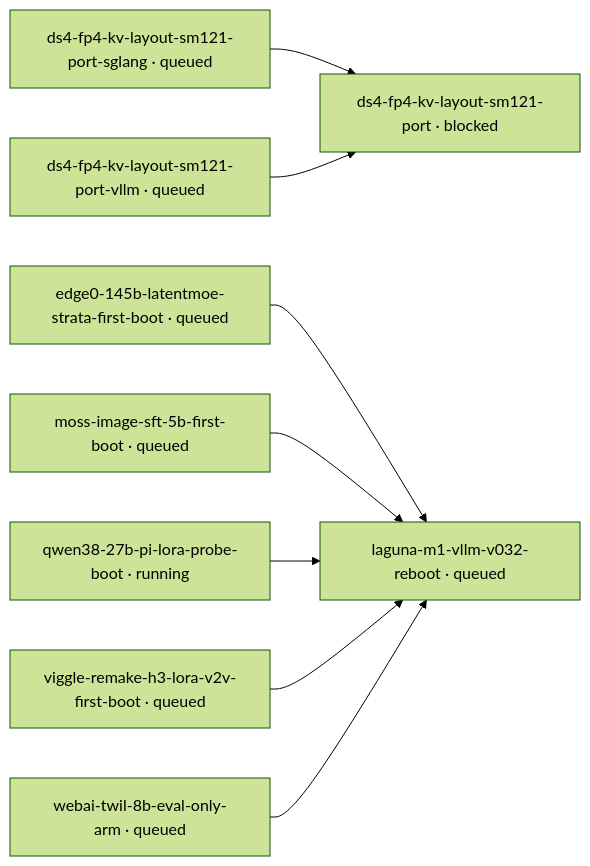
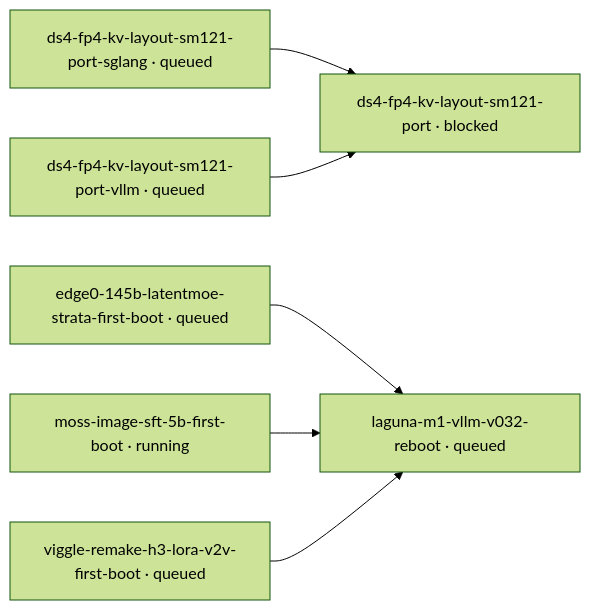
One commit to littlecedar/sparkrun-recipe-registry changed the diagram in mad-science/STATUS.md. Above: the diagram before and after it, drawn with Mermaid (forest theme). The commit also changed other lines of this file, not shown here.

````diff
--- a/mad-science/STATUS.md
+++ b/mad-science/STATUS.md
@@ -21,21 +21,17 @@
 ```mermaid
 flowchart LR
-  %% 2 blocked, 7 edges, 1 prose-gated, 0 question-gated, 0 question, 21 rows not drawn (--all)
+  %% 2 blocked, 5 edges, 1 prose-gated, 0 question-gated, 0 question, 21 rows not drawn (--all)
   t1["ds4-fp4-kv-layout-sm121-port · blocked"]
   t2["ds4-fp4-kv-layout-sm121-port-sglang · queued"]
   t3["ds4-fp4-kv-layout-sm121-port-vllm · queued"]
   t4["edge0-145b-latentmoe-strata-first-boot · queued"]
   t5["laguna-m1-vllm-v032-reboot · queued"]
-  t6["moss-image-sft-5b-first-boot · queued"]
-  t7["qwen38-27b-pi-lora-probe-boot · running"]
-  t8["viggle-remake-h3-lora-v2v-first-boot · queued"]
-  t9["webai-twil-8b-eval-only-arm · queued"]
+  t6["moss-image-sft-5b-first-boot · running"]
+  t7["viggle-remake-h3-lora-v2v-first-boot · queued"]
   t2 --> t1
   t3 --> t1
   t4 --> t5
   t6 --> t5
   t7 --> t5
-  t8 --> t5
-  t9 --> t5
   classDef no-recorded-edge stroke-dasharray: 4 3
 ```
````
